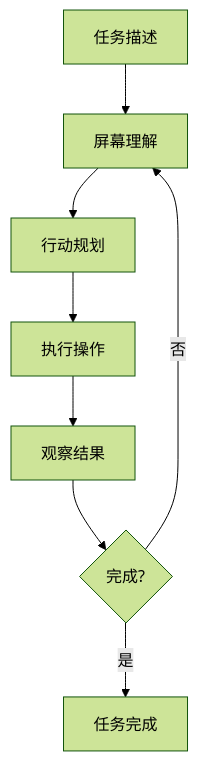
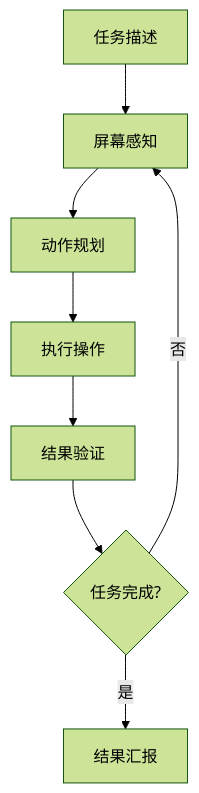
The first of 2 diagrams in docs/08-案例研究/04-计算机使用Agent.md (dilboy/agent-programming-wiki), drawn with Mermaid (forest theme) before and after one commit. The commit also changed other lines of this file and 9 other files, not shown here.

````diff
--- a/docs/08-案例研究/04-计算机使用Agent.md
+++ b/docs/08-案例研究/04-计算机使用Agent.md
@@ -17,10 +21,10 @@
 ```mermaid
 graph TD
-    A[任务描述] --> B[屏幕理解]
-    B --> C[行动规划]
+    A[任务描述] --> B[屏幕感知]
+    B --> C[动作规划]
     C --> D[执行操作]
-    D --> E[观察结果]
-    E --> F{完成?}
+    D --> E[结果验证]
+    E --> F{任务完成?}
     F -->|否| B
-    F -->|是| G[任务完成]
+    F -->|是| G[结果汇报]
 ```
````
